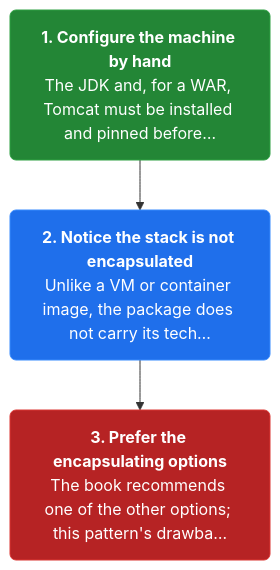
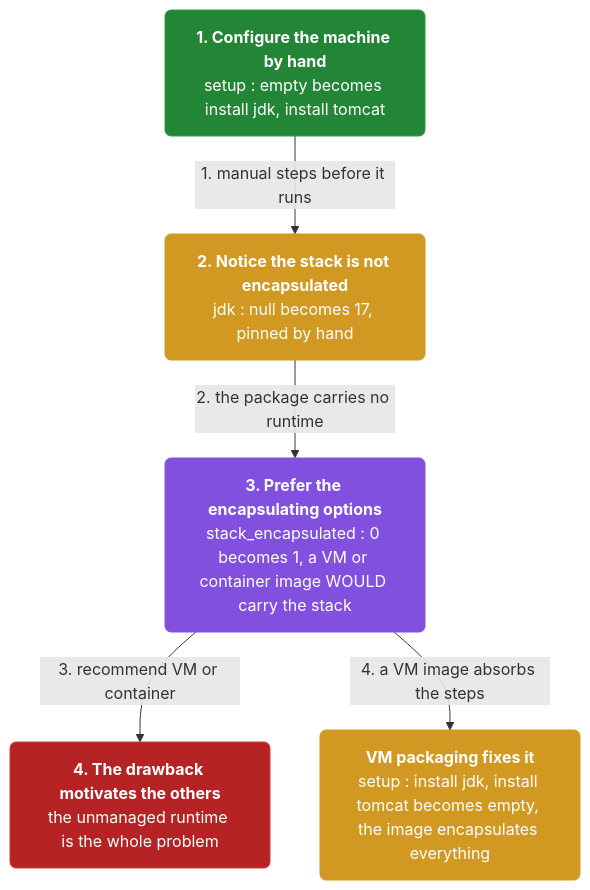
The fourth of 4 diagrams in docs/ch39-language-specific-packaging-format.md (vinayakuber/microservices-io-study-guide), drawn with Mermaid before and after one commit. The commit also changed other lines of this file and 46 other files, not shown here.

First line of the commit message:
Author rich branching flow diagrams for all 44 chapters

````diff
--- a/docs/ch39-language-specific-packaging-format.md
+++ b/docs/ch39-language-specific-packaging-format.md
@@ -124,11 +143,17 @@
 ```mermaid
 flowchart TD
-  classDef step fill:#1f6feb,color:#ffffff,stroke:#388bfd,stroke-width:1px,rx:6
+  classDef step fill:#1f6feb,color:#ffffff,stroke:#388bfd,rx:6
+  classDef core fill:#8250df,color:#ffffff,stroke:#8250df,rx:6
+  classDef warn fill:#d29922,color:#ffffff,stroke:#d29922,rx:6
   classDef start fill:#238636,color:#ffffff,stroke:#2ea043,rx:6
   classDef stop fill:#b62324,color:#ffffff,stroke:#da3633,rx:6
-  s3n0["<b>1. Configure the machine by hand</b><br/>The JDK and, for a WAR, Tomcat must be installed and pinned before…"]:::start
-  s3n1["<b>2. Notice the stack is not encapsulated</b><br/>Unlike a VM or container image, the package does not carry its tech…"]:::step
-  s3n2["<b>3. Prefer the encapsulating options</b><br/>The book recommends one of the other options; this pattern's drawba…"]:::stop
-  s3n0 --> s3n1
-  s3n1 --> s3n2
+  n0["<b>1. Configure the machine by hand</b><br/>setup : empty becomes install jdk, install tomcat"]:::start
+  n1["<b>2. Notice the stack is not encapsulated</b><br/>jdk : null becomes 17, pinned by hand"]:::warn
+  n2["<b>3. Prefer the encapsulating options</b><br/>stack_encapsulated : 0 becomes 1, a VM or container image WOULD carry the stack"]:::core
+  n3["<b>4. The drawback motivates the others</b><br/>the unmanaged runtime is the whole problem"]:::stop
+  n4["<b>VM packaging fixes it</b><br/>setup : install jdk, install tomcat becomes empty, the image encapsulates everything"]:::warn
+  n0 -->|"1. manual steps before it runs"| n1
+  n1 -->|"2. the package carries no runtime"| n2
+  n2 -->|"3. recommend VM or container"| n3
+  n2 -->|"4. a VM image absorbs the steps"| n4
 ```
````
